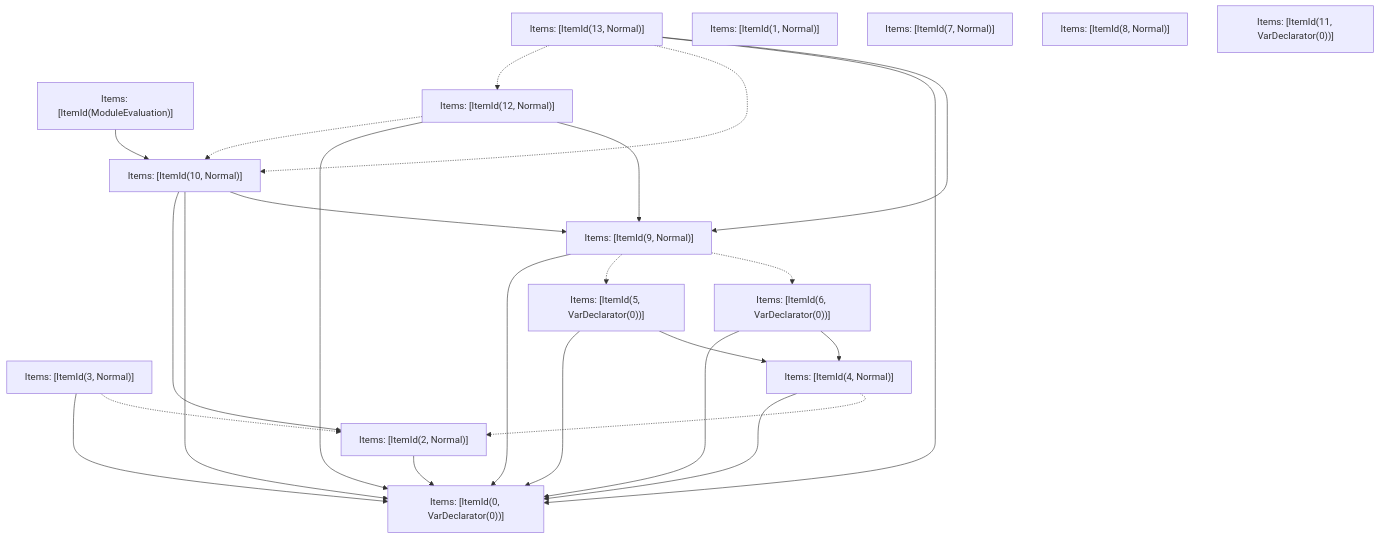
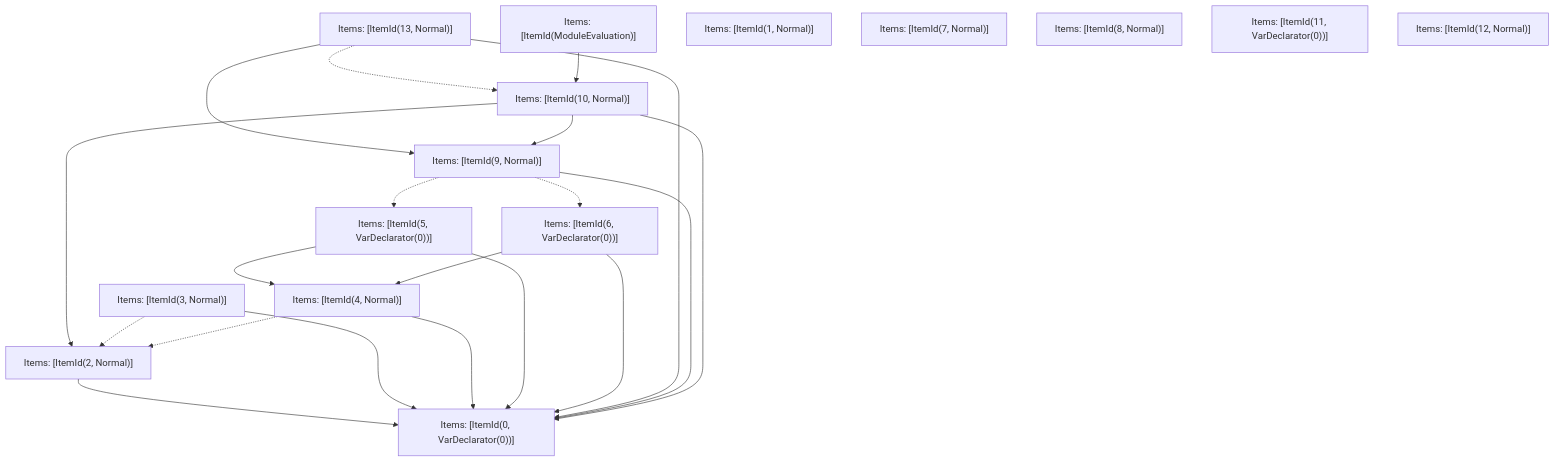
The fifth of 5 diagrams in turbopack/crates/turbopack-ecmascript/tests/tree-shaker/analyzer/effects-1/output.md (Sonar-UX-Testing-FreePlan/next.js), drawn with Mermaid before and after one commit. The commit also changed other lines of this file and 30 other files, not shown here.

````diff
--- a/turbopack/crates/turbopack-ecmascript/tests/tree-shaker/analyzer/effects-1/output.md
+++ b/turbopack/crates/turbopack-ecmascript/tests/tree-shaker/analyzer/effects-1/output.md
@@ -320,41 +320,37 @@
 ```mermaid
 graph TD
     N0["Items: [ItemId(ModuleEvaluation)]"];
     N1["Items: [ItemId(0, VarDeclarator(0))]"];
     N2["Items: [ItemId(2, Normal)]"];
     N3["Items: [ItemId(3, Normal)]"];
     N4["Items: [ItemId(4, Normal)]"];
     N5["Items: [ItemId(5, VarDeclarator(0))]"];
     N6["Items: [ItemId(6, VarDeclarator(0))]"];
     N7["Items: [ItemId(9, Normal)]"];
     N8["Items: [ItemId(10, Normal)]"];
-    N9["Items: [ItemId(12, Normal)]"];
-    N10["Items: [ItemId(13, Normal)]"];
-    N11["Items: [ItemId(1, Normal)]"];
-    N12["Items: [ItemId(7, Normal)]"];
-    N13["Items: [ItemId(8, Normal)]"];
-    N14["Items: [ItemId(11, VarDeclarator(0))]"];
-    N10 --> N7;
+    N9["Items: [ItemId(13, Normal)]"];
+    N10["Items: [ItemId(1, Normal)]"];
+    N11["Items: [ItemId(7, Normal)]"];
+    N12["Items: [ItemId(8, Normal)]"];
+    N13["Items: [ItemId(11, VarDeclarator(0))]"];
+    N14["Items: [ItemId(12, Normal)]"];
+    N7 -.-> N5;
     N2 --> N1;
-    N10 --> N1;
+    N8 --> N2;
     N3 -.-> N2;
     N3 --> N1;
     N4 -.-> N2;
     N4 --> N1;
     N5 --> N4;
     N5 --> N1;
     N6 --> N4;
     N6 --> N1;
+    N9 --> N1;
     N9 --> N7;
-    N10 -.-> N8;
-    N10 -.-> N9;
-    N9 --> N1;
+    N9 -.-> N8;
+    N7 --> N1;
+    N0 --> N8;
     N7 -.-> N6;
-    N7 -.-> N5;
-    N7 --> N1;
     N8 --> N7;
     N8 --> N1;
-    N8 --> N2;
-    N0 --> N8;
-    N9 -.-> N8;
 ```
````
